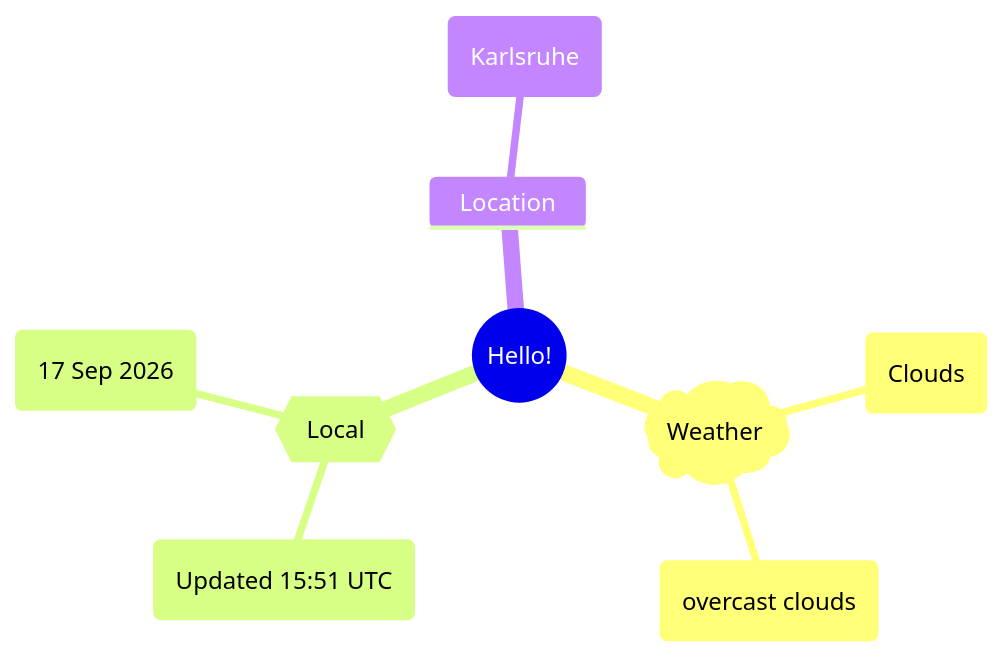
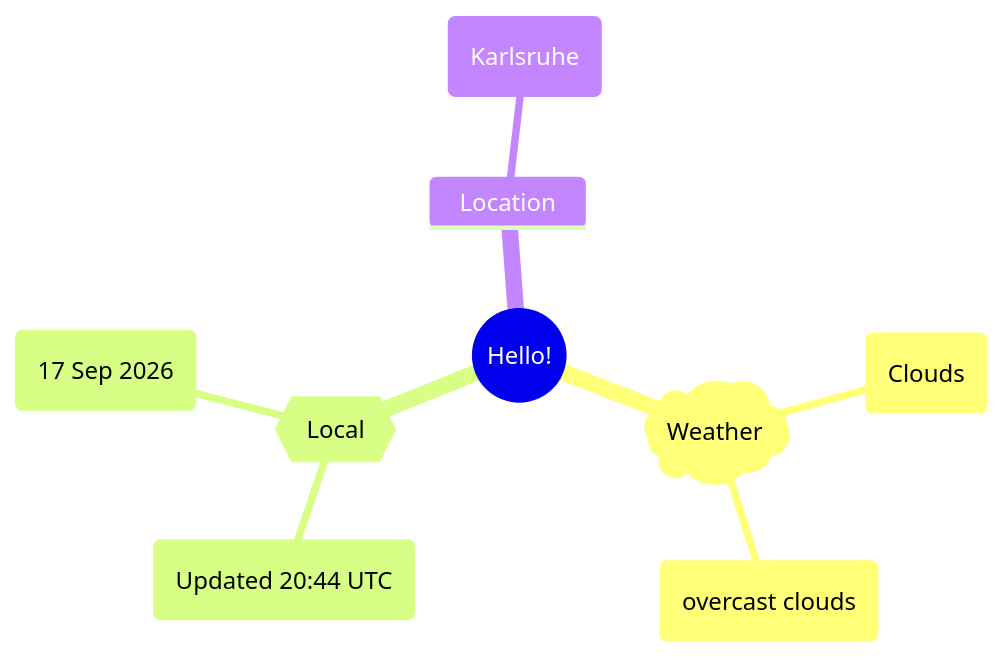
Before and after one commit to Xosrov/Xosrov: the first of 2 diagrams in README.md, drawn with Mermaid.

Commit message:
[bot] updated images

````diff
--- a/README.md
+++ b/README.md
@@ -3,12 +3,12 @@
 ```mermaid
 mindmap
   root((Hello!))
     )Weather(
         (Clouds)
         (overcast clouds)
     {{Local}}
-        (Updated 15:51 UTC)
+        (Updated 20:44 UTC)
         (17 Sep 2026)
     Location
         (Karlsruhe)
 ```
````
